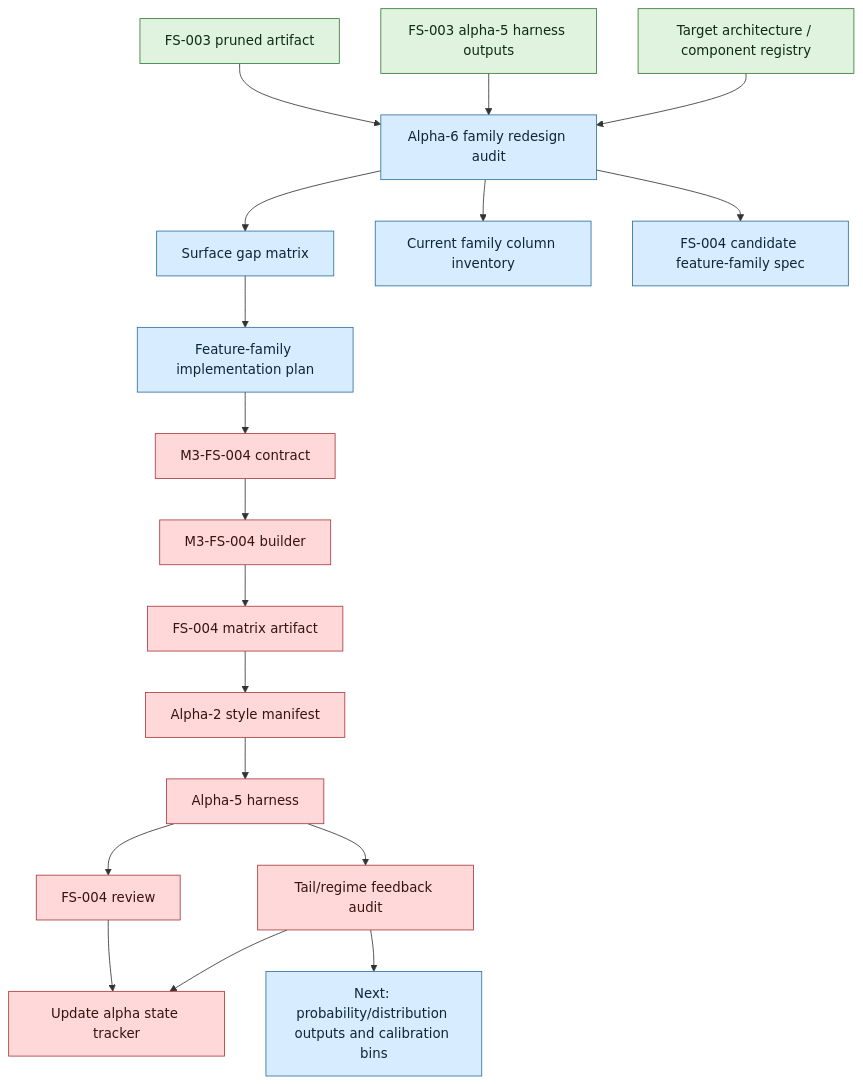
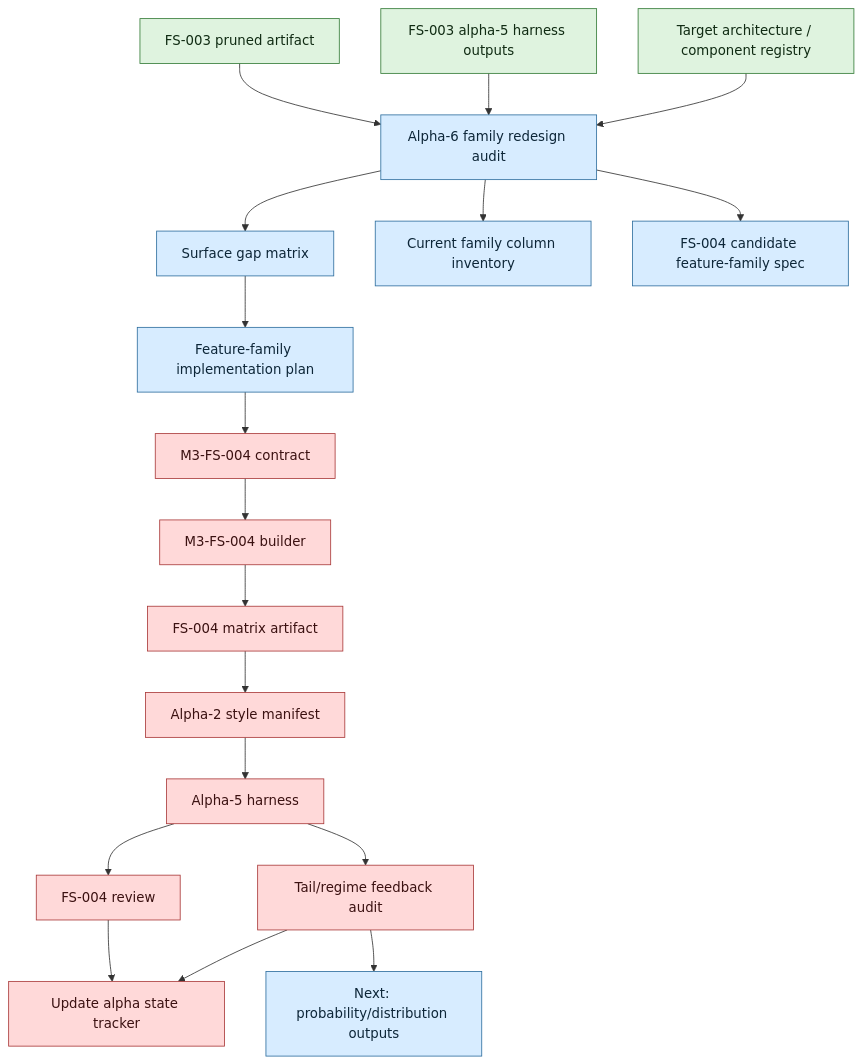
One commit to jiancchen/SlateAi changed the diagram in run-plans/mlb/2026-06-03-mlb-m3-alpha-6-feature-family-redesign-run-plan.md. Above: the diagram before and after it, drawn with Mermaid. The commit also changed 9 other files, not shown here.

First line of the commit message:
Add FS-004 residual calibration bins

````diff
--- a/run-plans/mlb/2026-06-03-mlb-m3-alpha-6-feature-family-redesign-run-plan.md
+++ b/run-plans/mlb/2026-06-03-mlb-m3-alpha-6-feature-family-redesign-run-plan.md
@@ -115,31 +115,31 @@
 ```mermaid
 flowchart TD
   FS003["FS-003 pruned artifact"] --> AUDIT["Alpha-6 family redesign audit"]
   HARN["FS-003 alpha-5 harness outputs"] --> AUDIT
   ARCH["Target architecture / component registry"] --> AUDIT
 
   AUDIT --> GAP["Surface gap matrix"]
   AUDIT --> INV["Current family column inventory"]
   AUDIT --> SPEC["FS-004 candidate feature-family spec"]
   GAP --> PLAN["Feature-family implementation plan"]
 
   PLAN --> CONTRACT["M3-FS-004 contract"]
   CONTRACT --> BUILDER["M3-FS-004 builder"]
   BUILDER --> MATRIX["FS-004 matrix artifact"]
   MATRIX --> MANIFEST["Alpha-2 style manifest"]
   MANIFEST --> HARNESS["Alpha-5 harness"]
   HARNESS --> REVIEW["FS-004 review"]
   HARNESS --> TAIL["Tail/regime feedback audit"]
-  TAIL --> ROWS["Next: probability/distribution outputs and calibration bins"]
+  TAIL --> ROWS["Next: probability/distribution outputs"]
   REVIEW --> STATE["Update alpha state tracker"]
   TAIL --> STATE
 
   classDef live fill:#dff3df,stroke:#367c39,color:#102b13;
   classDef next fill:#d7ecff,stroke:#2f6f9f,color:#0d2638;
   classDef missing fill:#ffd9d9,stroke:#aa3b3b,color:#3b1111;
 
   class FS003,HARN,ARCH live;
   class AUDIT,GAP,INV,SPEC,PLAN next;
   class CONTRACT,BUILDER,MATRIX,MANIFEST,HARNESS,REVIEW,TAIL,STATE missing;
   class ROWS next;
 ```
````
